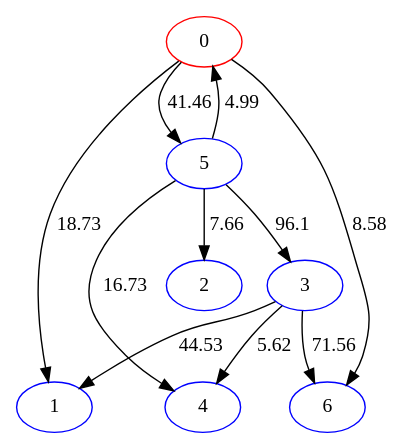
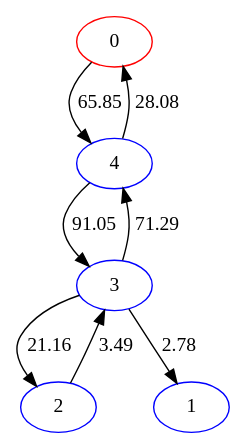
One commit to Erdahil/AiSD2-projekt changed the diagram in Projekt/rysunek.dot. Above: the diagram before and after it, drawn with Graphviz. The commit also changed 2 other files, not shown here.

```diff
--- a/Projekt/rysunek.dot
+++ b/Projekt/rysunek.dot
@@ -1,19 +1,14 @@
 digraph G {
-    0 [pos="0.417,1.529!", label="0", color="red"];
-    1 [pos="1.14,-3.986!", label="1", color="blue"];
-    2 [pos="6.707,-6.818!", label="2", color="blue"];
-    3 [pos="-3.299,-7.668!", label="3", color="blue"];
-    4 [pos="-9.497,-6.477!", label="4", color="blue"];
-    5 [pos="-9.91,5.665!", label="5", color="blue"];
-    6 [pos="-8.685,1.319!", label="6", color="blue"];
-    0 -> 1 [label="18.73"];
-    0 -> 6 [label="8.58"];
-    0 -> 5 [label="41.46"];
-    3 -> 6 [label="71.56"];
-    3 -> 4 [label="5.62"];
-    3 -> 1 [label="44.53"];
-    5 -> 4 [label="16.73"];
-    5 -> 2 [label="7.66"];
-    5 -> 3 [label="96.1"];
-    5 -> 0 [label="4.99"];
+    0 [pos="-2.813,-1.46!", label="0", color="red"];
+    1 [pos="4.629,-2.371!", label="1", color="blue"];
+    2 [pos="-6.072,3.121!", label="2", color="blue"];
+    3 [pos="-3.676,6.832!", label="3", color="blue"];
+    4 [pos="-4.976,-2.504!", label="4", color="blue"];
+    0 -> 4 [label="65.85"];
+    2 -> 3 [label="3.49"];
+    3 -> 4 [label="71.29"];
+    3 -> 2 [label="21.16"];
+    3 -> 1 [label="2.78"];
+    4 -> 3 [label="91.05"];
+    4 -> 0 [label="28.08"];
 }
```
